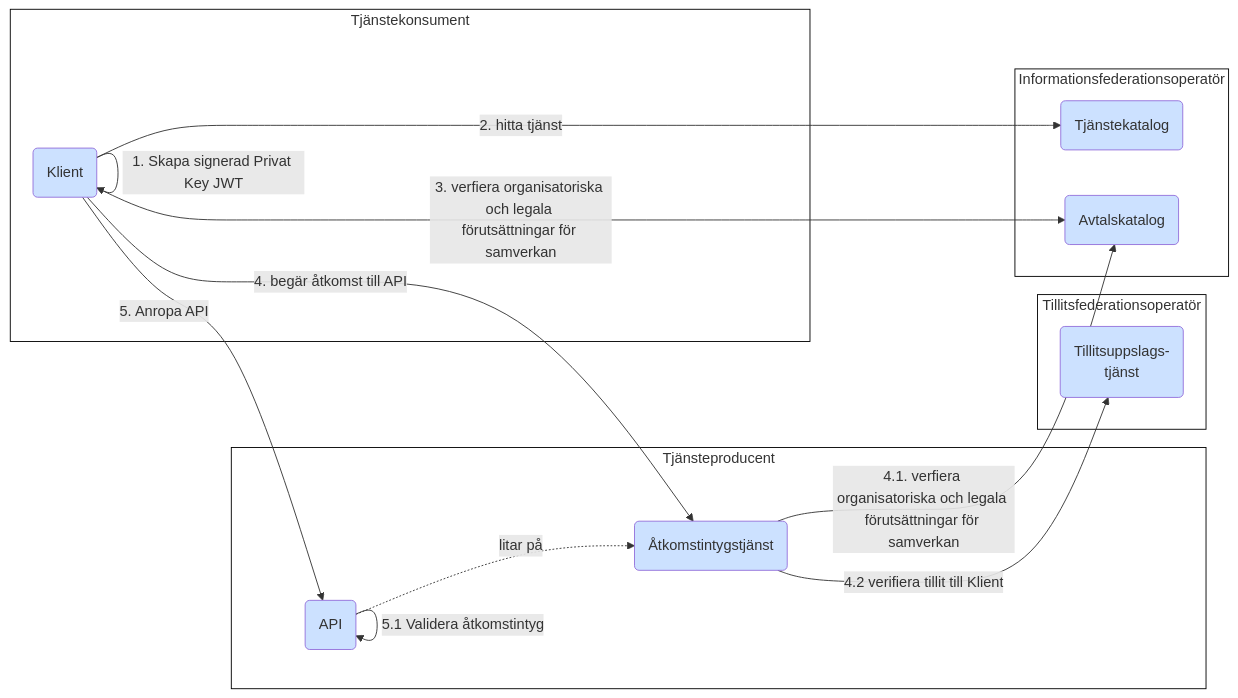
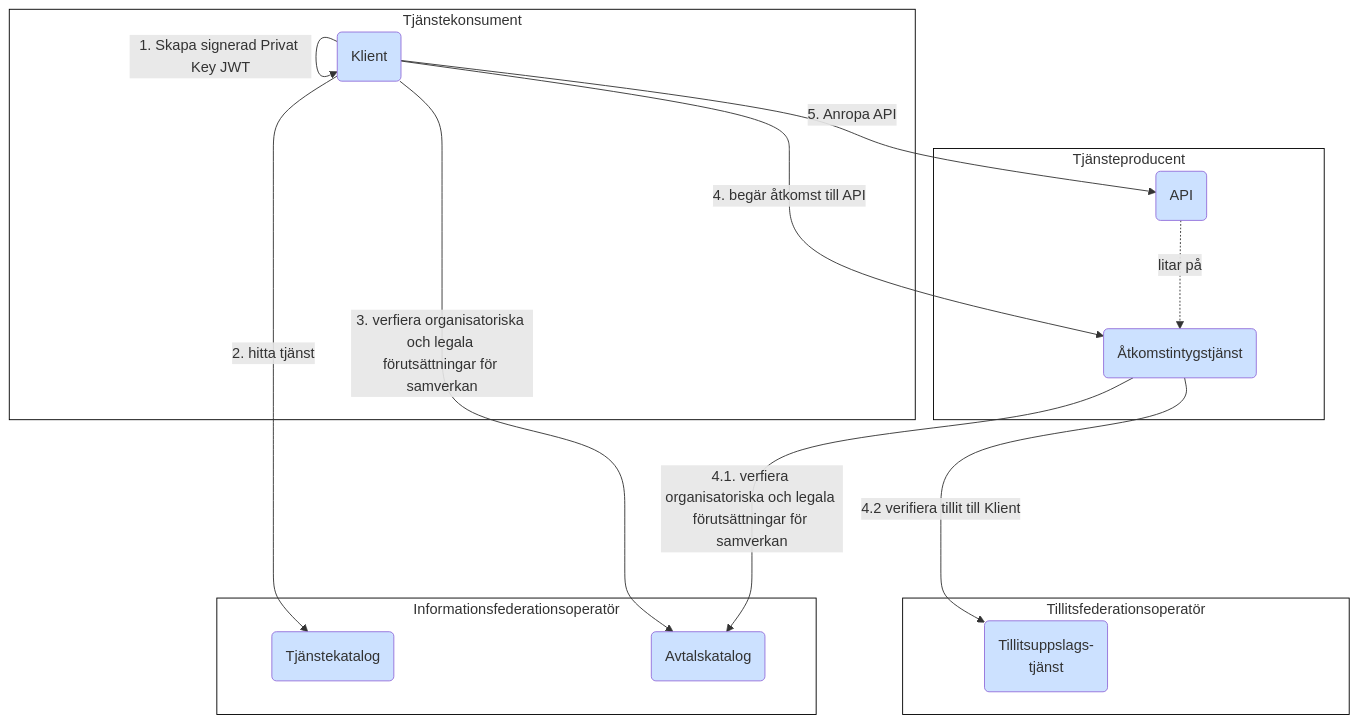
The second of 9 diagrams in architecture/drafts/IAM_TargetArchitecture_Sweden.md (diggsweden/ena-authorization), drawn with Mermaid before and after one commit. The commit also changed other lines of this file, not shown here.

Commit message:
Simplified some graphs

````diff
--- a/architecture/drafts/IAM_TargetArchitecture_Sweden.md
+++ b/architecture/drafts/IAM_TargetArchitecture_Sweden.md
@@ -73,38 +75,38 @@
 ```mermaid
-graph LR
+graph 
 classDef org fill:#F8E5A0
 classDef comp fill:#CCE1FF
 classDef box fill:#ffffff,stroke:#000000
 
 subgraph po[Tjänsteproducent]
     p(API):::comp
     as(Åtkomstintygstjänst):::comp
 end
 po:::box
 
 subgraph ss[Tillitsfederationsoperatör]
     t(Tillitsuppslags-<br>tjänst):::comp
 end
 ss:::box
 
 subgraph so[Informationsfederationsoperatör]
     tk(Tjänstekatalog):::comp
     ak(Avtalskatalog):::comp
 end
 so:::box
 
 subgraph co[Tjänstekonsument]
     c(Klient):::comp
 end
 co:::box
+co & po~~~~~so & ss
 
 c--<p>1. Skapa signerad Privat Key JWT-->c
 c--<p>2. hitta tjänst-->tk
 c--<p>3. verfiera organisatoriska och legala <br>förutsättningar för samverkan-->ak
 c--<p>4. begär åtkomst till API-->as
 as--<p>4.1. verfiera organisatoriska och legala <br>förutsättningar för samverkan-->ak
 as--<p>4.2 verifiera tillit till Klient-->t
 c--<p>5. Anropa API-->p
 p-.litar på.->as
-p--<p>5.1 Validera åtkomstintyg-->p
 ```
````
